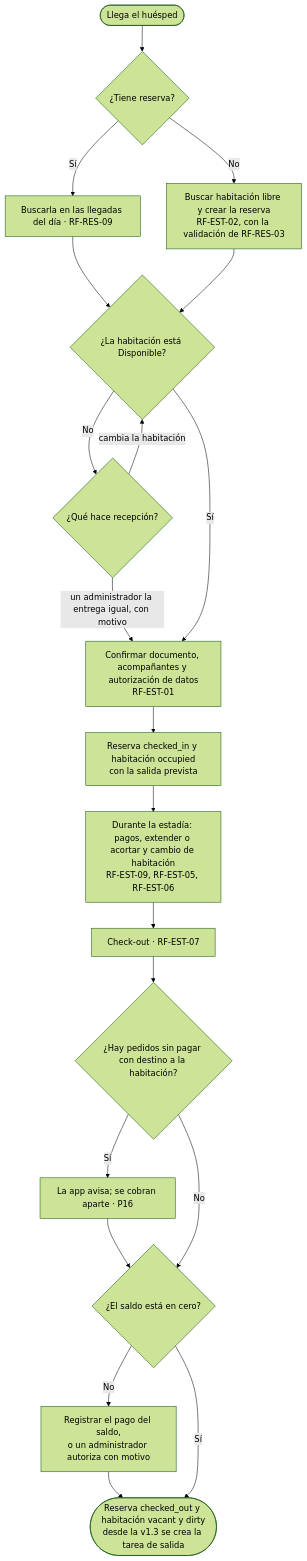
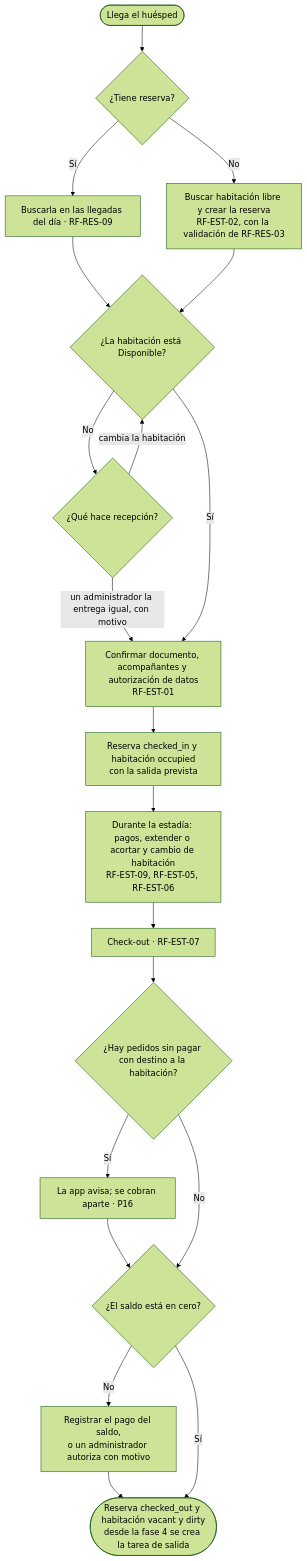
The eighth of 13 diagrams in docs/PRD.md (PeakDevCol/HotelManagement), drawn with Mermaid (forest theme) before and after one commit. The commit also changed other lines of this file, not shown here.

````diff
--- a/docs/PRD.md
+++ b/docs/PRD.md
@@ -1106,22 +1135,22 @@
 ```mermaid
 flowchart TD
     guestArrives(["Llega el huésped"]) --> hasReservation{"¿Tiene reserva?"}
     hasReservation -->|"Sí"| findReservation["Buscarla en las llegadas del día · RF-RES-09"]
     hasReservation -->|"No"| walkIn["Buscar habitación libre y crear la reserva<br/>RF-EST-02, con la validación de RF-RES-03"]
     findReservation --> isAvailable{"¿La habitación está Disponible?"}
     walkIn --> isAvailable
     isAvailable -->|"No"| notReady{"¿Qué hace recepción?"}
     notReady -->|"cambia la habitación"| isAvailable
     notReady -->|"un administrador la entrega igual, con motivo"| guestData
     isAvailable -->|"Sí"| guestData["Confirmar documento, acompañantes y autorización de datos<br/>RF-EST-01"]
     guestData --> checkedIn["Reserva checked_in y habitación occupied<br/>con la salida prevista"]
     checkedIn --> stay["Durante la estadía: pagos, extender o acortar y cambio de habitación<br/>RF-EST-09, RF-EST-05, RF-EST-06"]
     stay --> checkOut["Check-out · RF-EST-07"]
     checkOut --> unpaidOrders{"¿Hay pedidos sin pagar con destino a la habitación?"}
     unpaidOrders -->|"Sí"| warnOrders["La app avisa; se cobran aparte · P16"]
     warnOrders --> zeroBalance
     unpaidOrders -->|"No"| zeroBalance{"¿El saldo está en cero?"}
     zeroBalance -->|"No"| settleBalance["Registrar el pago del saldo,<br/>o un administrador autoriza con motivo"]
     settleBalance --> checkedOut
-    zeroBalance -->|"Sí"| checkedOut(["Reserva checked_out y habitación vacant y dirty<br/>desde la v1.3 se crea la tarea de salida"])
+    zeroBalance -->|"Sí"| checkedOut(["Reserva checked_out y habitación vacant y dirty<br/>desde la fase 4 se crea la tarea de salida"])
 ```
````
